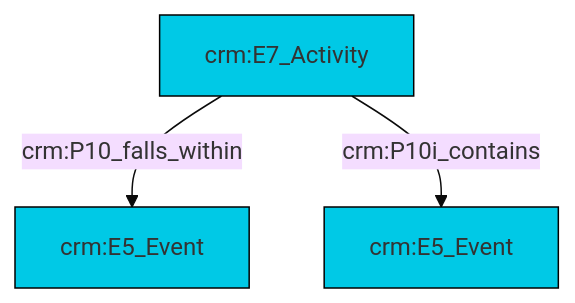
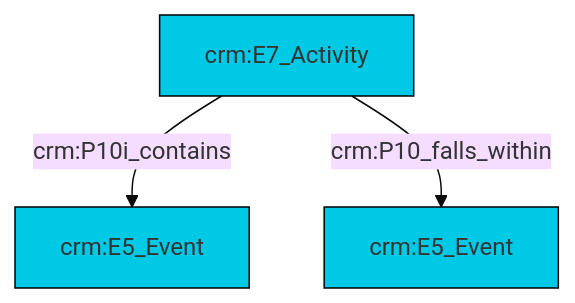
The diagram in et/eventCSV/ttl/mmd/event_parthood.ttl.mmd (swiss-art-research-net/docs.swissartresearch), drawn with Mermaid (base theme) before and after one commit. The commit also changed 178 other files, not shown here.

```diff
--- a/et/eventCSV/ttl/mmd/event_parthood.ttl.mmd
+++ b/et/eventCSV/ttl/mmd/event_parthood.ttl.mmd
@@ -1,17 +1,17 @@
 graph TD
 classDef Literal fill:#f2f2f2,stroke:#000000;
 classDef CRM_Entity fill:#FFFFFF,stroke:#000000;
 classDef Temporal_Entity fill:#00C9E6, stroke:#000000;
 classDef Type fill:#E18312, stroke:#000000;
 classDef Time-Span fill:#2C9C91, stroke:#000000;
 classDef Appellation fill:#FFEB7F, stroke:#000000;
 classDef Place fill:#008836, stroke:#000000;
 classDef Persistent_Item fill:#B266B2, stroke:#000000;
 classDef Conceptual_Object fill:#FFD700, stroke:#000000;
 classDef Physical_Thing fill:#D2B48C, stroke:#000000;
 classDef Actor fill:#f58aad, stroke:#000000;
 classDef PC_Classes fill:#4ce600, stroke:#000000;
 classDef Multi fill:#cccccc,stroke:#000000;
 
-2["crm:E7_Activity"]:::Temporal_Entity -->|crm:P10_falls_within| 0["crm:E5_Event"]:::Temporal_Entity
-2["crm:E7_Activity"]:::Temporal_Entity -->|crm:P10i_contains| 4["crm:E5_Event"]:::Temporal_Entity
+0["crm:E7_Activity"]:::Temporal_Entity -->|crm:P10i_contains| 1["crm:E5_Event"]:::Temporal_Entity
+0["crm:E7_Activity"]:::Temporal_Entity -->|crm:P10_falls_within| 3["crm:E5_Event"]:::Temporal_Entity
```
